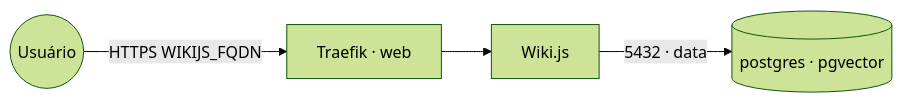
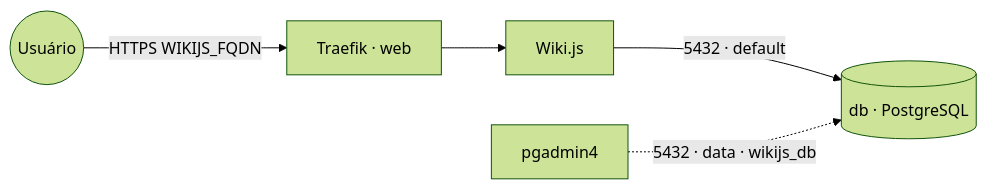
Before and after one commit to marcelofmatos/portainer-stacks: the diagram in wikijs/README.md, drawn with Mermaid (forest theme). The commit also changed other lines of this file and 23 other files, not shown here.

First line of the commit message:
Refactor stacks to use embedded PostgreSQL instead of shared instances

````diff
--- a/wikijs/README.md
+++ b/wikijs/README.md
@@ -10,6 +11,7 @@
 ```mermaid
 flowchart LR
     usuario((Usuário)) -->|HTTPS WIKIJS_FQDN| traefik[Traefik · web]
     traefik --> wiki[Wiki.js]
-    wiki -->|5432 · data| pg[(postgres · pgvector)]
+    wiki -->|5432 · default| db[(db · PostgreSQL)]
+    pg[pgadmin4] -.->|5432 · data · wikijs_db| db
 ```
````
